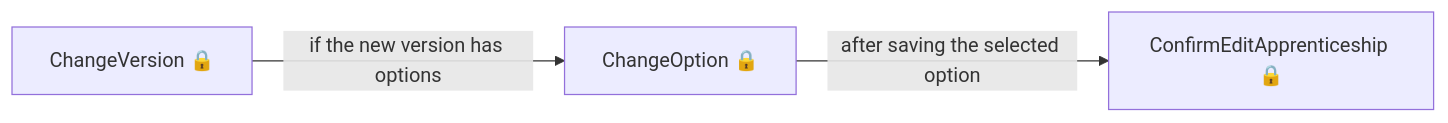
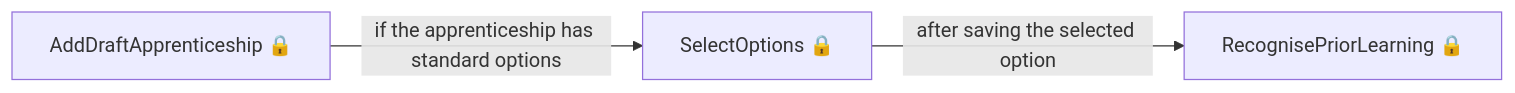
The fifth of 10 diagrams in das-providercommitments/user-journeys/user-journeys.md (talentconsulting/atlas-dfe), drawn with Mermaid before and after one commit. The commit also changed other lines of this file and 36 other files, not shown here.

````diff
--- a/das-providercommitments/user-journeys/user-journeys.md
+++ b/das-providercommitments/user-journeys/user-journeys.md
@@ -50,5 +52,5 @@
 ```mermaid
 flowchart LR
-  p0["ChangeVersion 🔒"] -->|"if the new version has options"| p1["ChangeOption 🔒"]
-  p1["ChangeOption 🔒"] -->|"after saving the selected option"| p2["ConfirmEditApprenticeship 🔒"]
+  p0["AddDraftApprenticeship 🔒"] -->|"if the apprenticeship has standard options"| p1["SelectOptions 🔒"]
+  p1["SelectOptions 🔒"] -->|"after saving the selected option"| p2["RecognisePriorLearning 🔒"]
 ```
````
